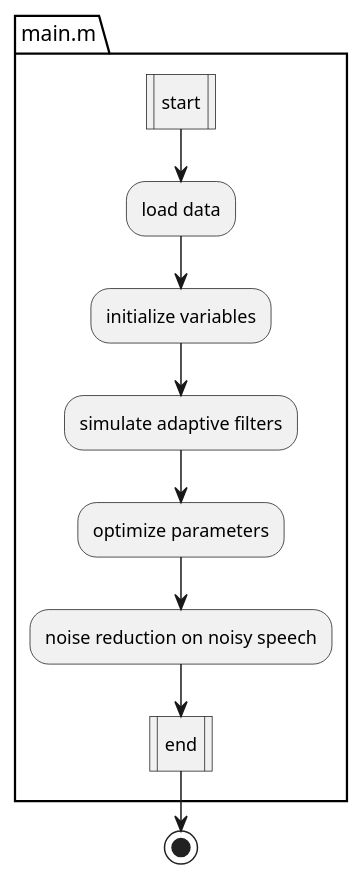
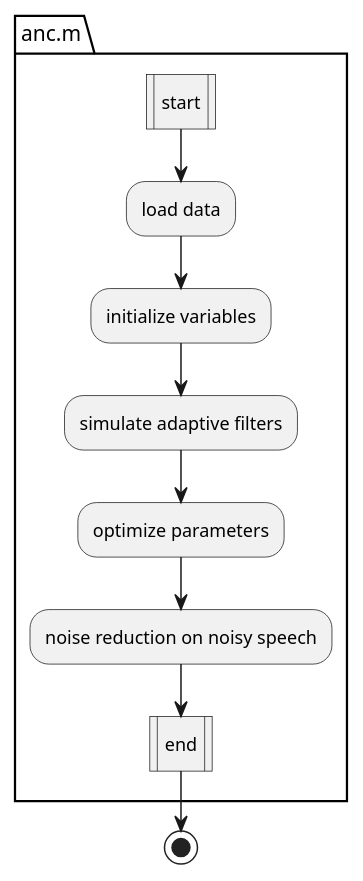
The diagram in flowchart.wsd (Aketirani/active-noise-cancellation), drawn with PlantUML before and after one commit. The commit also changed 7 other files, not shown here.

```diff
--- a/flowchart.wsd
+++ b/flowchart.wsd
@@ -1,13 +1,13 @@
 @startuml Pipeline Flowchart
 |ANC|
-package "main.m" {
+package "anc.m" {
     :start|
     :load data;
     :initialize variables;
     :simulate adaptive filters;
     :optimize parameters;
     :noise reduction on noisy speech;
     :end|
 }
 stop
 @enduml
```
